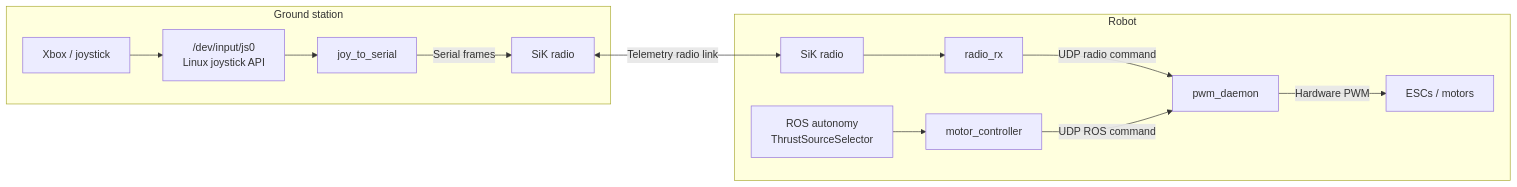
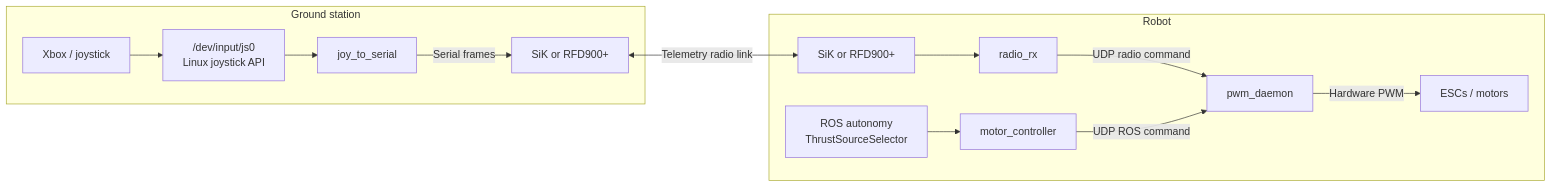
Before and after one commit to jhairssteven/mini-bream: the diagram in src/teleop/README.md, drawn with Mermaid. The commit also changed other lines of this file and 10 other files, not shown here.

````diff
--- a/src/teleop/README.md
+++ b/src/teleop/README.md
@@ -28,29 +28,29 @@
 ```mermaid
 flowchart LR
     subgraph GS["Ground station"]
         Xbox["Xbox / joystick"]
         JS["/dev/input/js0<br/>Linux joystick API"]
         TX["joy_to_serial"]
-        GRadio["SiK radio"]
+        GRadio["SiK or RFD900+"]
 
         Xbox --> JS --> TX
         TX -->|"Serial frames"| GRadio
     end
 
     GRadio <-->|"Telemetry radio link"| RRadio
 
     subgraph Robot
-        RRadio["SiK radio"]
+        RRadio["SiK or RFD900+"]
         RX["radio_rx"]
         ROS["ROS autonomy<br/>ThrustSourceSelector"]
         MC["motor_controller"]
         PWM["pwm_daemon"]
         ESC["ESCs / motors"]
 
         RRadio --> RX
         RX -->|"UDP radio command"| PWM
         ROS --> MC
         MC -->|"UDP ROS command"| PWM
         PWM -->|"Hardware PWM"| ESC
     end
 ```
````
